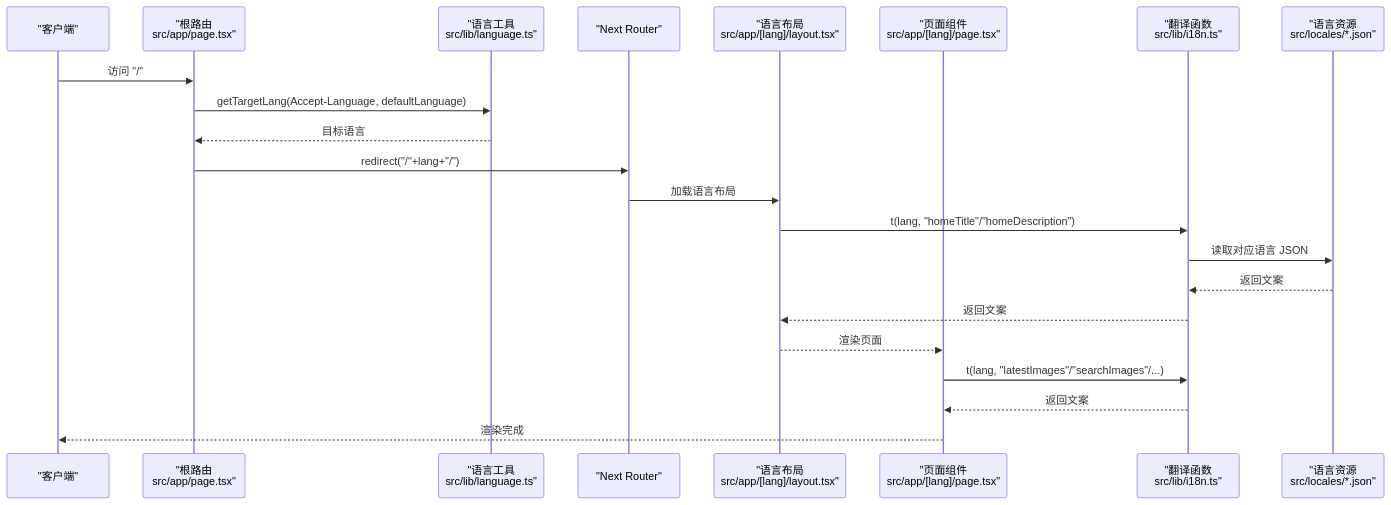
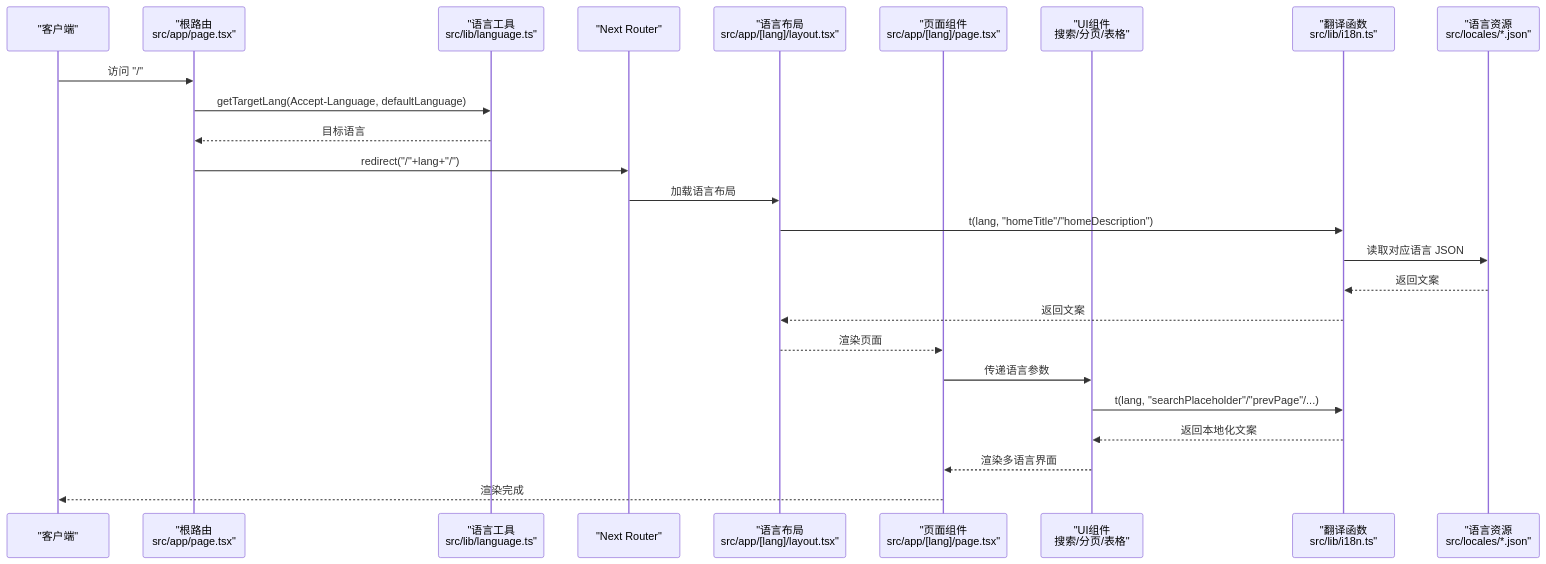
One commit to pnnh/weable changed the second of 5 diagrams in .qoder/repowiki/zh/content/功能特性/国际化支持.md. Above: the diagram before and after it, drawn with Mermaid. The commit also changed other lines of this file and 154 other files, not shown here.

````diff
--- a/.qoder/repowiki/zh/content/功能特性/国际化支持.md
+++ b/.qoder/repowiki/zh/content/功能特性/国际化支持.md
@@ -103,24 +132,27 @@
 ```mermaid
 sequenceDiagram
 participant Client as "客户端"
 participant Root as "根路由<br/>src/app/page.tsx"
 participant LangUtil as "语言工具<br/>src/lib/language.ts"
 participant Router as "Next Router"
 participant Layout as "语言布局<br/>src/app/[lang]/layout.tsx"
 participant Page as "页面组件<br/>src/app/[lang]/page.tsx"
+participant Components as "UI组件<br/>搜索/分页/表格"
 participant I18N as "翻译函数<br/>src/lib/i18n.ts"
 participant Locales as "语言资源<br/>src/locales/*.json"
 Client->>Root : 访问 "/"
 Root->>LangUtil : getTargetLang(Accept-Language, defaultLanguage)
 LangUtil-->>Root : 目标语言
 Root->>Router : redirect("/"+lang+"/")
 Router->>Layout : 加载语言布局
 Layout->>I18N : t(lang, "homeTitle"/"homeDescription")
 I18N->>Locales : 读取对应语言 JSON
 Locales-->>I18N : 返回文案
 I18N-->>Layout : 返回文案
 Layout-->>Page : 渲染页面
-Page->>I18N : t(lang, "latestImages"/"searchImages"/...)
-I18N-->>Page : 返回文案
+Page->>Components : 传递语言参数
+Components->>I18N : t(lang, "searchPlaceholder"/"prevPage"/...)
+I18N-->>Components : 返回本地化文案
+Components-->>Page : 渲染多语言界面
 Page-->>Client : 渲染完成
 ```
````
